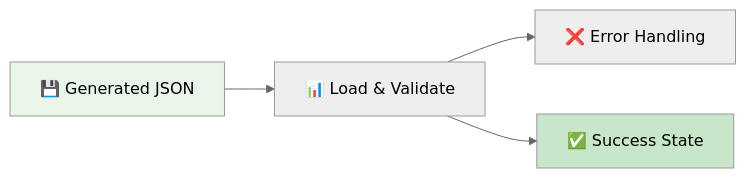
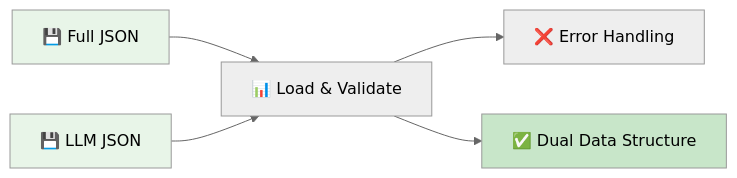
One commit to kevinmaes/generation-art changed the third of 5 diagrams in docs/data-flow.md. Above: the diagram before and after it, drawn with Mermaid (neutral theme). The commit also changed other lines of this file and 4 other files, not shown here.

````diff
--- a/docs/data-flow.md
+++ b/docs/data-flow.md
@@ -54,9 +58,11 @@
 ```mermaid
 graph LR
-    A[💾 Generated JSON] --> B[📊 Load & Validate]
+    A[💾 Full JSON] --> B[📊 Load & Validate]
+    A2[💾 LLM JSON] --> B
     B --> C[❌ Error Handling]
-    B --> D[✅ Success State]
+    B --> D[✅ Dual Data Structure]
 
     style A fill:#e8f5e8
+    style A2 fill:#e8f5e8
     style D fill:#c8e6c9
 ```
````
